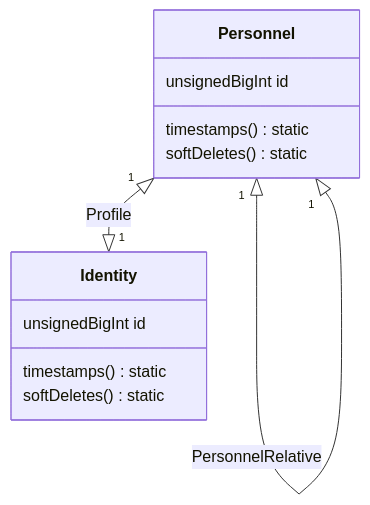
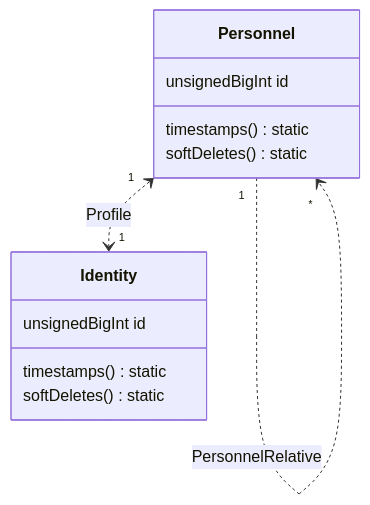
One commit to creasico/laravel-base changed the fourth of 6 diagrams in database/README.md. Above: the diagram before and after it, drawn with Mermaid. The commit also changed other lines of this file, not shown here.

````diff
--- a/database/README.md
+++ b/database/README.md
@@ -198,15 +229,15 @@
 ```mermaid
 classDiagram
-    Personnel "1" <|--|> "1" Identity : Profile
-    Personnel "1" <|--|> "1" Personnel : PersonnelRelative
+    Personnel "1" <..> "1" Identity : Profile
+    Personnel "1" ..> "*" Personnel : PersonnelRelative
     class Personnel {
         unsignedBigInt id
         timestamps() static
         softDeletes() static
     }
     class Identity {
         unsignedBigInt id
         timestamps() static
         softDeletes() static
     }
 ```
````
